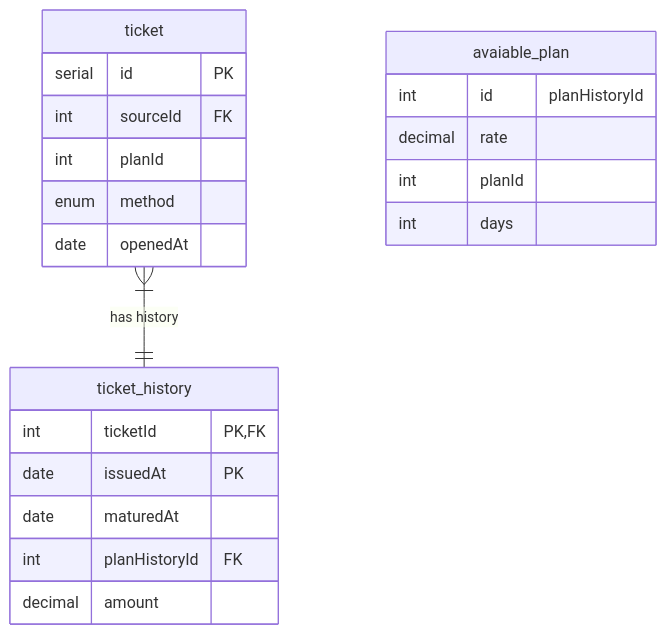
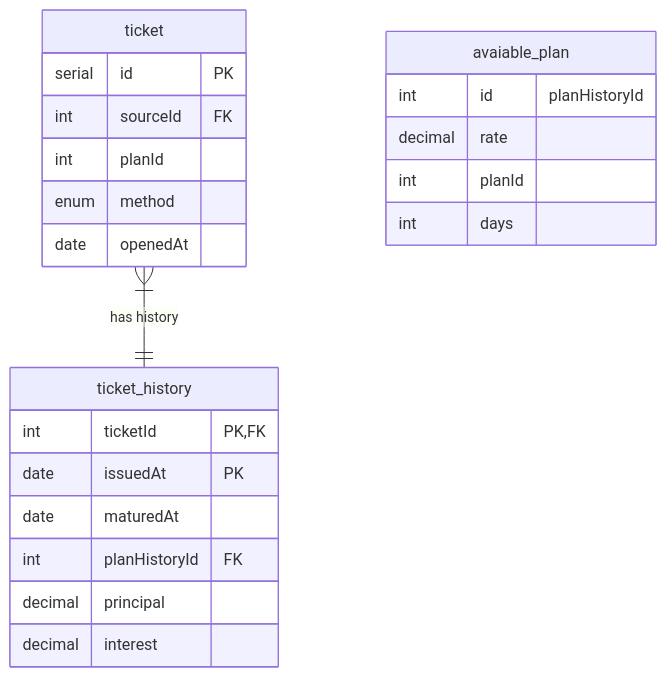
One commit to coinhub-uit/coinhub-uit.github.io changed the first of 4 diagrams in docs/diagrams/database/ticket-creation.md. Above: the diagram before and after it, drawn with Mermaid. The commit also changed 1 other file, not shown here.

Commit message:
feat(db): change "amount" to "principal", add "interest" in ticket history

````diff
--- a/docs/diagrams/database/ticket-creation.md
+++ b/docs/diagrams/database/ticket-creation.md
@@ -11,27 +11,28 @@
 ```mermaid
 erDiagram
   ticket {
     serial id PK
     int sourceId FK
     int planId
     enum method
     date openedAt
   }
 
   ticket_history {
     int ticketId PK,FK
     date issuedAt PK
     date maturedAt
     int planHistoryId FK
-    decimal amount
+    decimal principal
+    decimal interest
   }
 
   avaiable_plan {
     int id "planHistoryId"
     decimal rate
     int planId
     int days
   }
 
   ticket }|--|| ticket_history : "has history"
 ```
````
